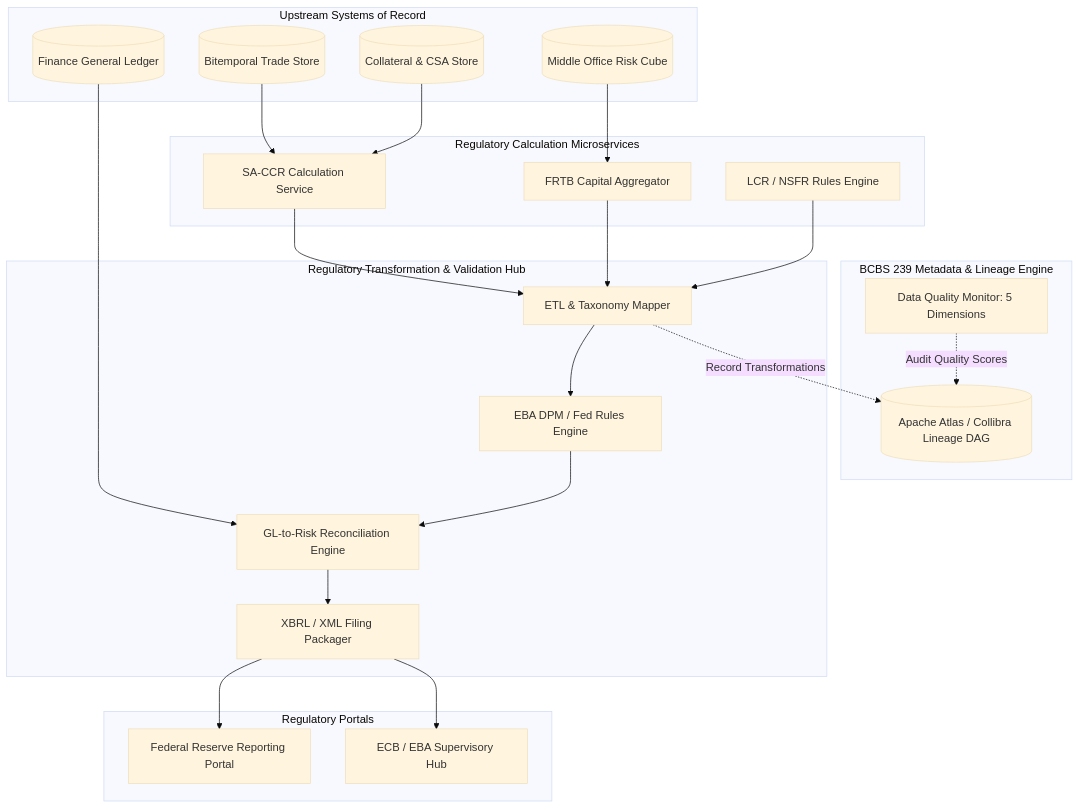
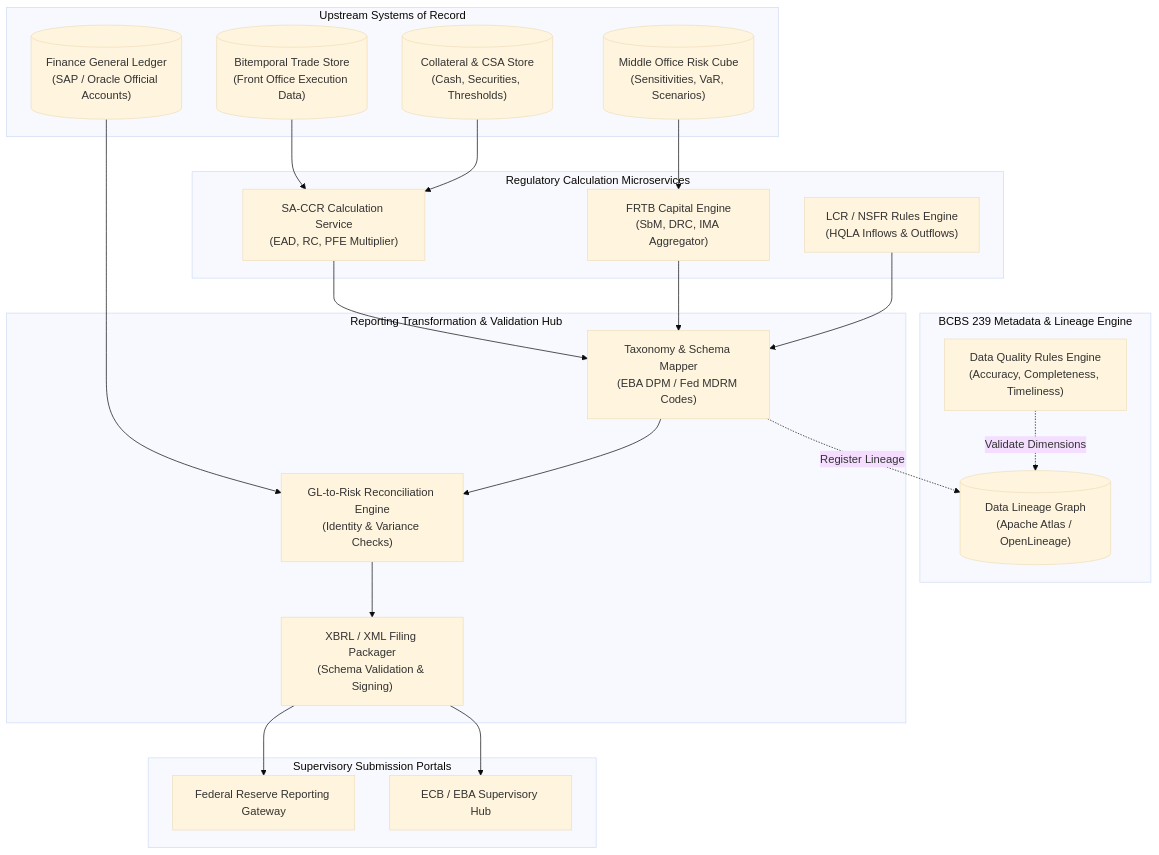
One commit to shreejitverma/The-Quant-Prep changed the diagram in 18-Pricing-and-Risk-Systems/12-Regulatory-Reporting-Pipeline.md. Above: the diagram before and after it, drawn with Mermaid (base theme). The commit also changed other lines of this file and 25 other files, not shown here.

````diff
--- a/18-Pricing-and-Risk-Systems/12-Regulatory-Reporting-Pipeline.md
+++ b/18-Pricing-and-Risk-Systems/12-Regulatory-Reporting-Pipeline.md
@@ -51,51 +49,49 @@
 ```mermaid
 flowchart TB
     subgraph UpstreamSources["Upstream Systems of Record"]
-        Trades[(Bitemporal Trade Store)]
-        RiskCube[(Middle Office Risk Cube)]
-        FinanceGL[(Finance General Ledger)]
-        CollateralDB[(Collateral & CSA Store)]
+        Trades[("Bitemporal Trade Store\n(Front Office Execution Data)")]
+        RiskCube[("Middle Office Risk Cube\n(Sensitivities, VaR, Scenarios)")]
+        FinanceGL[("Finance General Ledger\n(SAP / Oracle Official Accounts)")]
+        CollateralDB[("Collateral & CSA Store\n(Cash, Securities, Thresholds)")]
     end
 
-    subgraph CalculationServices["Regulatory Calculation Microservices"]
-        SACCRService[SA-CCR Calculation Service]
-        FRTBService[FRTB Capital Aggregator]
-        LiquidityService[LCR / NSFR Rules Engine]
+    subgraph CalcServices["Regulatory Calculation Microservices"]
+        SACCRService["SA-CCR Calculation Service\n(EAD, RC, PFE Multiplier)"]
+        FRTBService["FRTB Capital Engine\n(SbM, DRC, IMA Aggregator)"]
+        LiquidityService["LCR / NSFR Rules Engine\n(HQLA Inflows & Outflows)"]
     end
 
-    subgraph DataLineageCatalog["BCBS 239 Metadata & Lineage Engine"]
-        LineageGraph[(Apache Atlas / Collibra Lineage DAG)]
-        DataQuality[Data Quality Monitor: 5 Dimensions]
+    subgraph Governance["BCBS 239 Metadata & Lineage Engine"]
+        LineageDAG[("Data Lineage Graph\n(Apache Atlas / OpenLineage)")]
+        DQMonitor["Data Quality Rules Engine\n(Accuracy, Completeness, Timeliness)"]
     end
 
-    subgraph ReportingEngine["Regulatory Transformation & Validation Hub"]
-        SchemaTransformer[ETL & Taxonomy Mapper]
-        TaxonomyEngine[EBA DPM / Fed Rules Engine]
-        ReconEngine[GL-to-Risk Reconciliation Engine]
-        XBRLGenerator[XBRL / XML Filing Packager]
+    subgraph TransformationHub["Reporting Transformation & Validation Hub"]
+        TaxonomyMapper["Taxonomy & Schema Mapper\n(EBA DPM / Fed MDRM Codes)"]
+        ReconEngine["GL-to-Risk Reconciliation Engine\n(Identity & Variance Checks)"]
+        XBRLPackager["XBRL / XML Filing Packager\n(Schema Validation & Signing)"]
     end
 
-    subgraph Supervisors["Regulatory Portals"]
-        FedPortal[Federal Reserve Reporting Portal]
-        EBAPortal[ECB / EBA Supervisory Hub]
+    subgraph Portals["Supervisory Submission Portals"]
+        FedPortal["Federal Reserve Reporting Gateway"]
+        EBAPortal["ECB / EBA Supervisory Hub"]
     end
 
     Trades --> SACCRService
     CollateralDB --> SACCRService
     RiskCube --> FRTBService
     FinanceGL --> ReconEngine
 
-    SACCRService --> SchemaTransformer
-    FRTBService --> SchemaTransformer
-    LiquidityService --> SchemaTransformer
+    SACCRService --> TaxonomyMapper
+    FRTBService --> TaxonomyMapper
+    LiquidityService --> TaxonomyMapper
 
-    SchemaTransformer --> TaxonomyEngine
-    TaxonomyEngine --> ReconEngine
-    ReconEngine --> XBRLGenerator
+    TaxonomyMapper --> ReconEngine
+    ReconEngine --> XBRLPackager
 
-    SchemaTransformer -.->|Record Transformations| LineageGraph
-    DataQuality -.->|Audit Quality Scores| LineageGraph
+    TaxonomyMapper -.->|Register Lineage| LineageDAG
+    DQMonitor -.->|Validate Dimensions| LineageDAG
 
-    XBRLGenerator --> FedPortal
-    XBRLGenerator --> EBAPortal
+    XBRLPackager --> FedPortal
+    XBRLPackager --> EBAPortal
 ```
````
